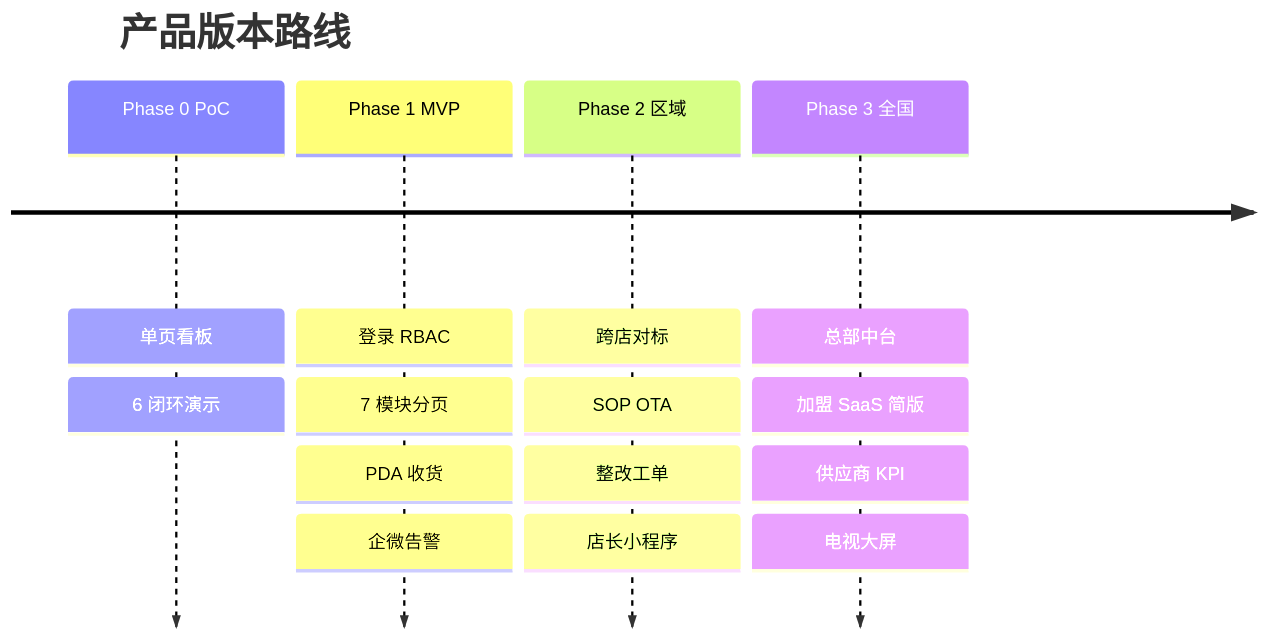
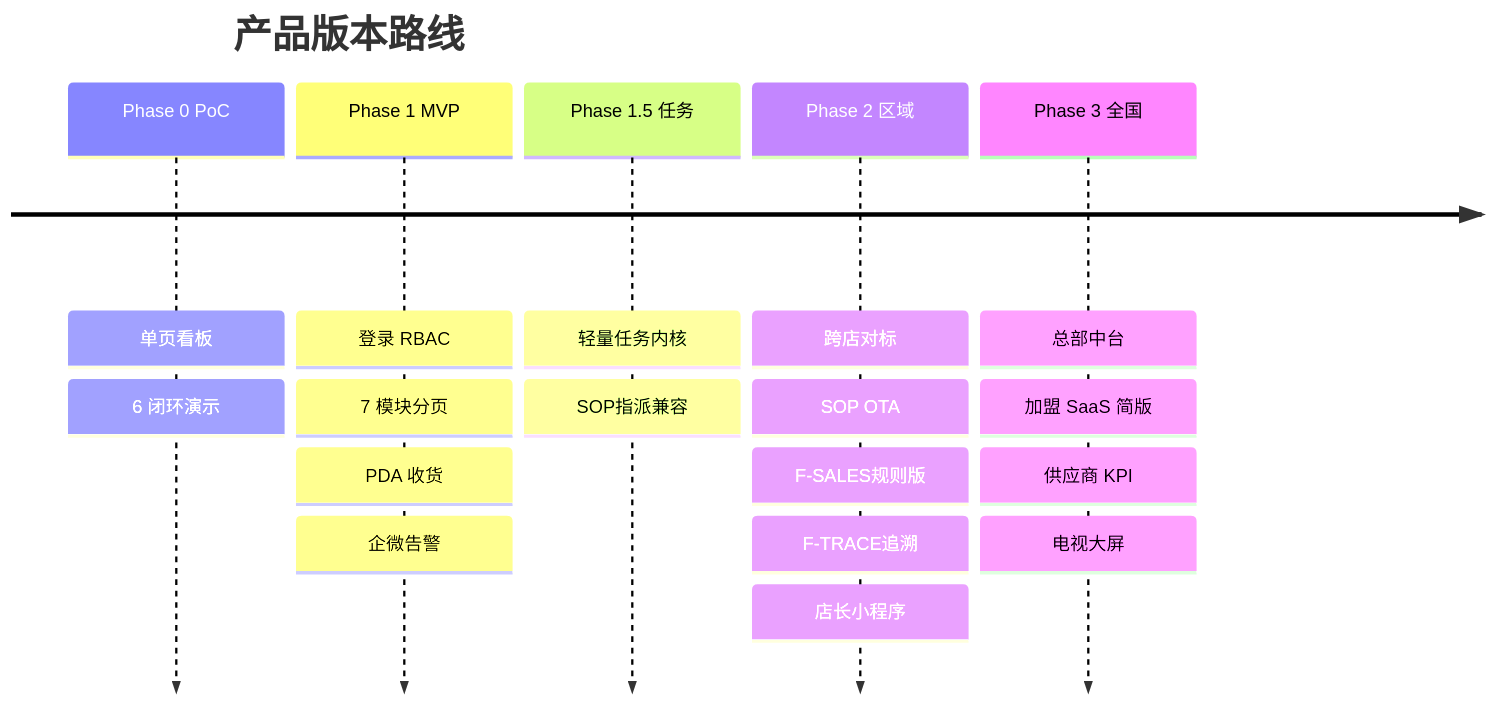
The sixth of 6 diagrams in docs/product_design.md (yuanmajun29-collab/hotpot_smart_ops), drawn with Mermaid before and after one commit. The commit also changed other lines of this file and 5 other files, not shown here.

````diff
--- a/docs/product_design.md
+++ b/docs/product_design.md
@@ -631,18 +669,21 @@
 ```mermaid
 timeline
     title 产品版本路线
     Phase 0 PoC : 单页看板
                 : 6 闭环演示
     Phase 1 MVP : 登录 RBAC
                 : 7 模块分页
                 : PDA 收货
                 : 企微告警
+    Phase 1.5 任务 : 轻量任务内核
+                  : SOP指派兼容
     Phase 2 区域 : 跨店对标
                : SOP OTA
-               : 整改工单
+               : F-SALES规则版
+               : F-TRACE追溯
                : 店长小程序
     Phase 3 全国 : 总部中台
                : 加盟 SaaS 简版
                : 供应商 KPI
                : 电视大屏
 ```
````
